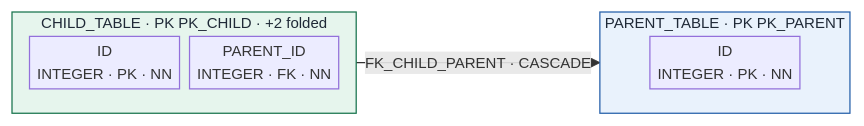
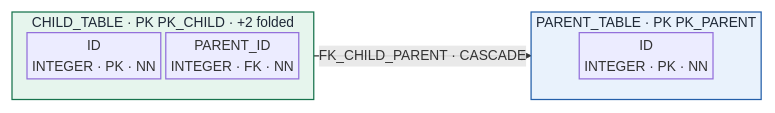
Before and after one commit to todor-ivanov/dbs2go: the first of 3 diagrams in docs/schema/README.svg.md, drawn with Mermaid. The commit also changed other lines of this file and 12 other files, not shown here.

````diff
--- a/docs/schema/README.svg.md
+++ b/docs/schema/README.svg.md
@@ -15,16 +13,16 @@
 ```mermaid
-%%{init: {"flowchart": {"nodeSpacing": 8, "rankSpacing": 14, "curve": "linear", "padding": 3}, "themeVariables": {"fontSize": "12px"}}}%%
+%%{init: {"flowchart": {"nodeSpacing": 4, "rankSpacing": 8, "curve": "linear", "padding": 2}, "themeVariables": {"fontSize": "11px"}}}%%
 flowchart LR
   subgraph CHILD["CHILD_TABLE · PK PK_CHILD · +2 folded"]
     direction TB
     CID["ID<br/>INTEGER · PK · NN"]
     PID["PARENT_ID<br/>INTEGER · FK · NN"]
   end
   subgraph PARENT["PARENT_TABLE · PK PK_PARENT"]
     direction TB
     TID["ID<br/>INTEGER · PK · NN"]
   end
   PID -->|"FK_CHILD_PARENT · CASCADE"| TID
   style CHILD fill:#E6F5ED,stroke:#17734D,color:#1f2937
   style PARENT fill:#E9F2FC,stroke:#245FA9,color:#1f2937
 ```
````
